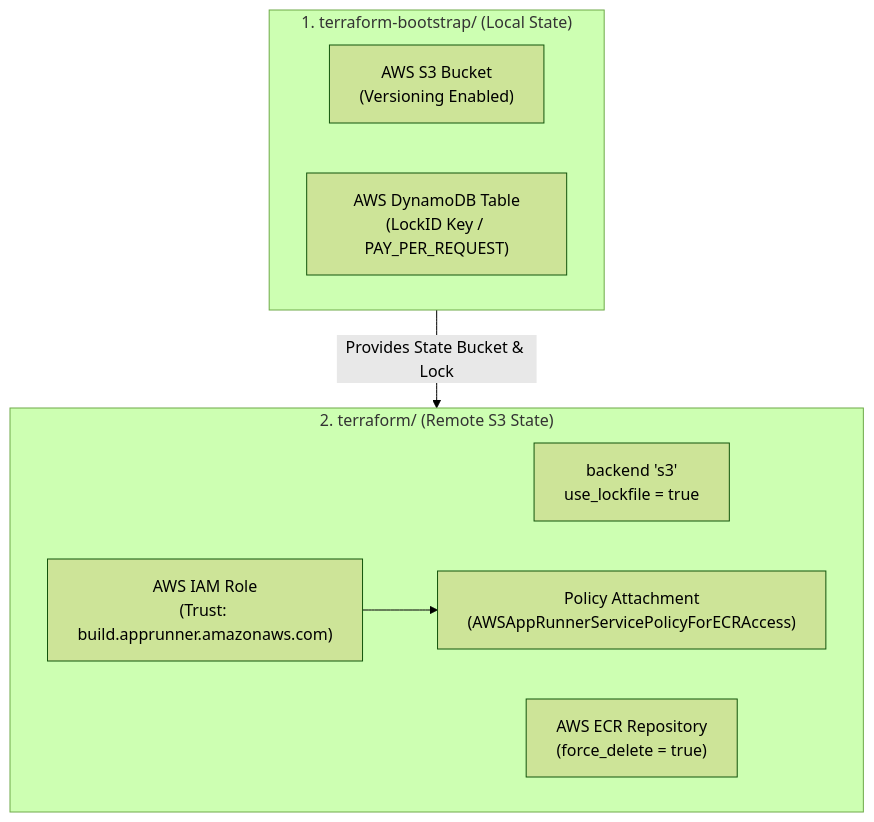
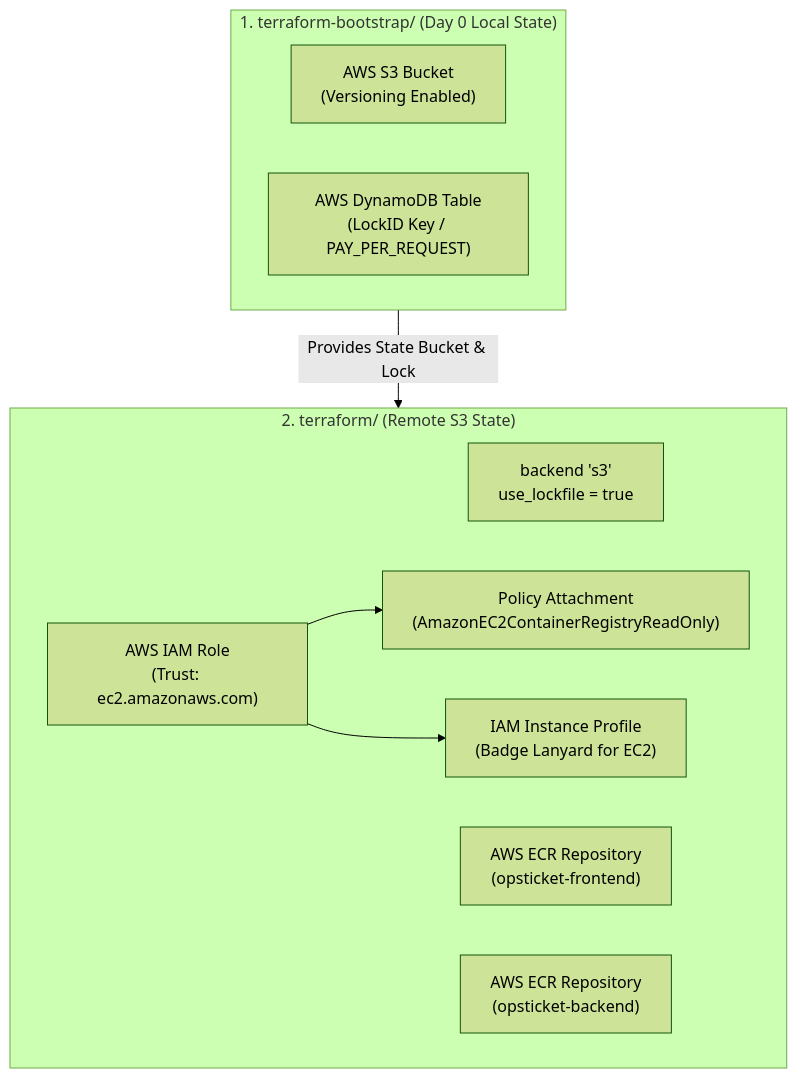
The first of 2 diagrams in docs/terraform/01-bootstrap-and-ecr.md (Leospe24/opsticket-practice), drawn with Mermaid (forest theme) before and after one commit. The commit also changed other lines of this file and 4 other files, not shown here.

````diff
--- a/docs/terraform/01-bootstrap-and-ecr.md
+++ b/docs/terraform/01-bootstrap-and-ecr.md
@@ -9,17 +9,20 @@
 ```mermaid
 flowchart TD
-    subgraph Bootstrap ["1. terraform-bootstrap/ (Local State)"]
+    subgraph Bootstrap ["1. terraform-bootstrap/ (Day 0 Local State)"]
         S3["AWS S3 Bucket\n(Versioning Enabled)"]
         DDB["AWS DynamoDB Table\n(LockID Key / PAY_PER_REQUEST)"]
     end
 
     subgraph MainTF ["2. terraform/ (Remote S3 State)"]
         Backend["backend 's3'\nuse_lockfile = true"]
-        ECR["AWS ECR Repository\n(force_delete = true)"]
-        IAM["AWS IAM Role\n(Trust: build.apprunner.amazonaws.com)"]
-        Policy["Policy Attachment\n(AWSAppRunnerServicePolicyForECRAccess)"]
+        ECR_FE["AWS ECR Repository\n(opsticket-frontend)"]
+        ECR_BE["AWS ECR Repository\n(opsticket-backend)"]
+        IAM["AWS IAM Role\n(Trust: ec2.amazonaws.com)"]
+        Policy["Policy Attachment\n(AmazonEC2ContainerRegistryReadOnly)"]
+        Profile["IAM Instance Profile\n(Badge Lanyard for EC2)"]
     end
 
     Bootstrap -->|Provides State Bucket & Lock| MainTF
     IAM --> Policy
+    IAM --> Profile
 ```
````
